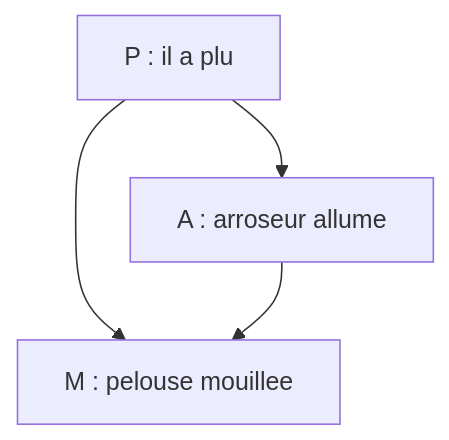
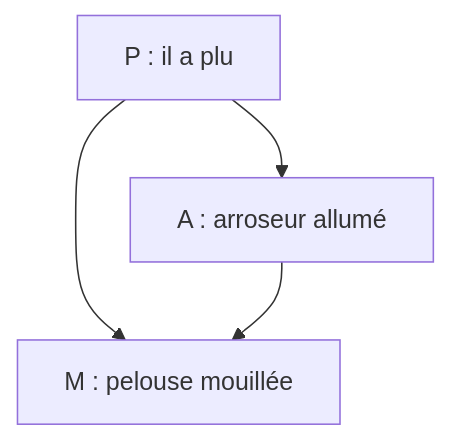
The third of 6 diagrams in chapitres/08-modeles-et-donnees.md (tanguychenier/Mathematiques-pour-le-Machine-Learning), drawn with Mermaid before and after one commit. The commit also changed other lines of this file and 7 other files, not shown here.

````diff
--- a/chapitres/08-modeles-et-donnees.md
+++ b/chapitres/08-modeles-et-donnees.md
@@ -651,6 +651,6 @@
 ```mermaid
 flowchart TD
-    P["P : il a plu"] --> M["M : pelouse mouillee"]
-    A["A : arroseur allume"] --> M
+    P["P : il a plu"] --> M["M : pelouse mouillée"]
+    A["A : arroseur allumé"] --> M
     P --> A
 ```
````
